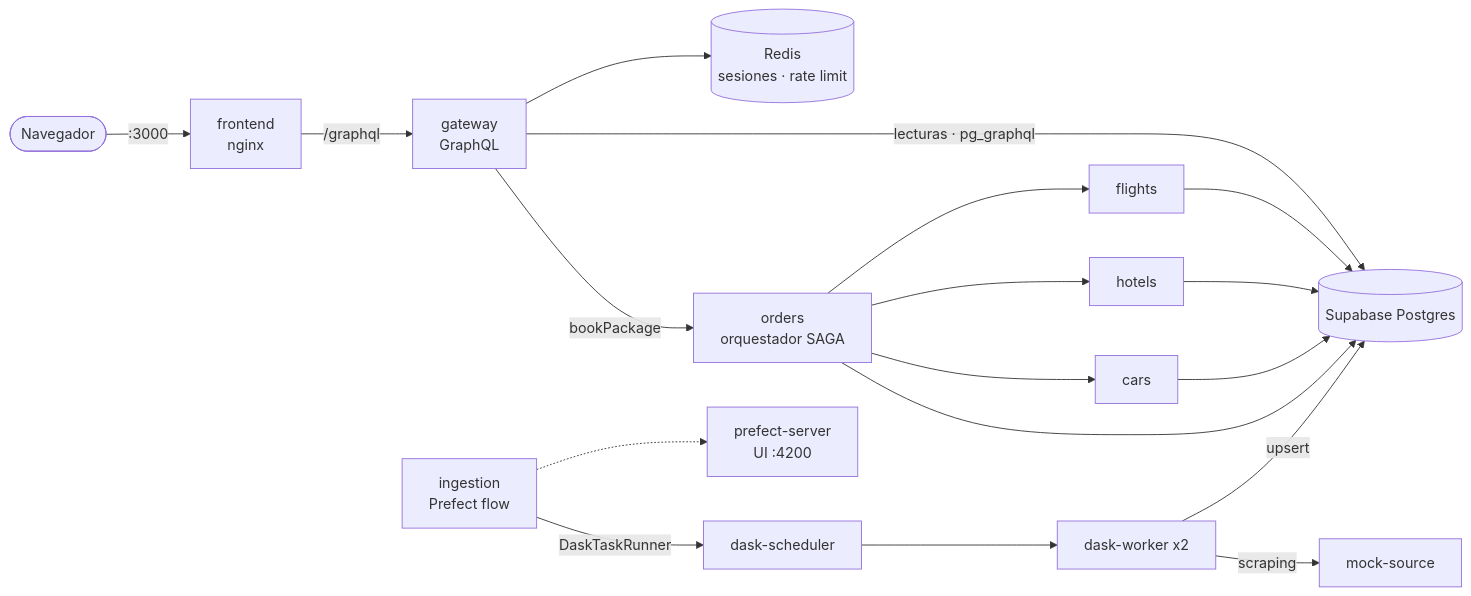
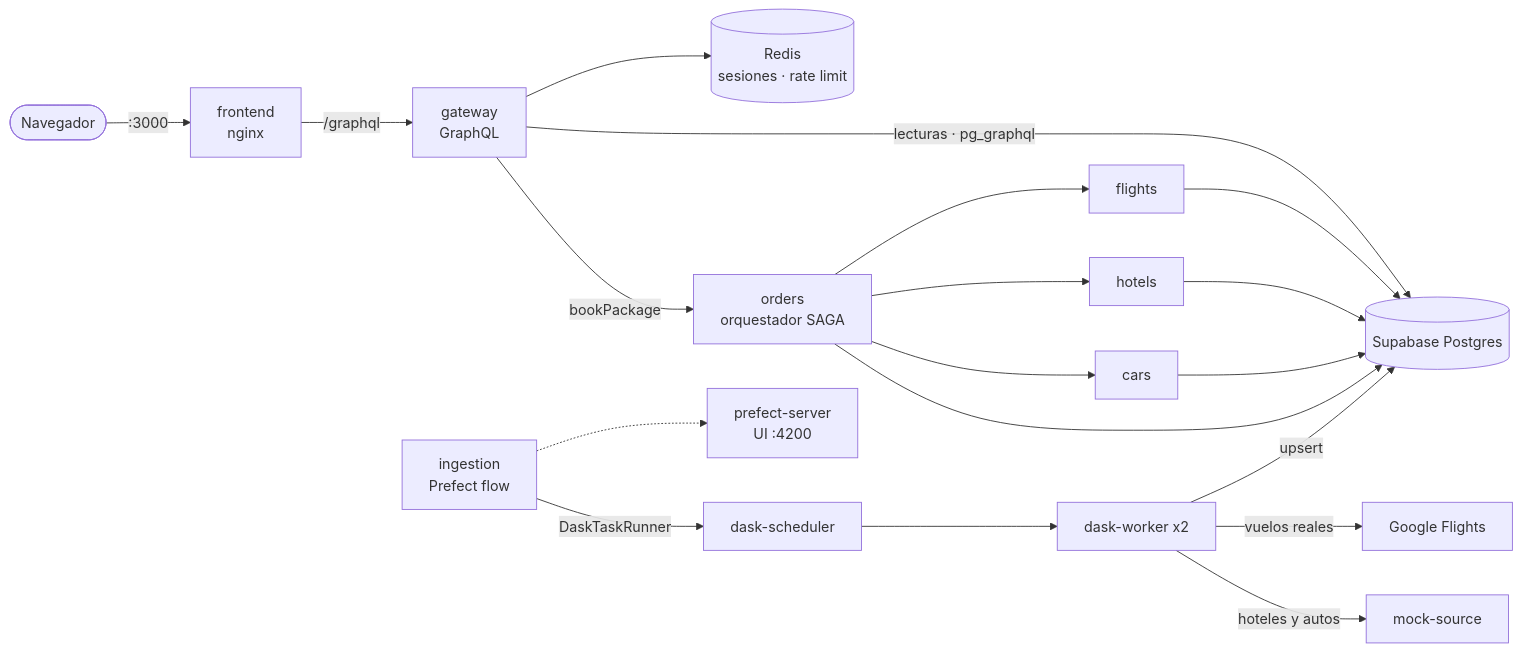
The diagram in README.md (Josu-s12/WanderSync), drawn with Mermaid before and after one commit. The commit also changed other lines of this file and 8 other files, not shown here.

First line of the commit message:
Scraping real de Google Flights para los vuelos

````diff
--- a/README.md
+++ b/README.md
@@ -22,15 +22,16 @@
 ```mermaid
 flowchart LR
   U([Navegador]) -->|":3000"| FE[frontend<br/>nginx]
   FE -->|"/graphql"| GW[gateway<br/>GraphQL]
   GW --> R[(Redis<br/>sesiones · rate limit)]
   GW -->|"lecturas · pg_graphql"| DB[(Supabase Postgres)]
   GW -->|bookPackage| OR[orders<br/>orquestador SAGA]
   OR --> FL[flights] & HO[hotels] & CA[cars]
   FL & HO & CA & OR --> DB
   ING[ingestion<br/>Prefect flow] -->|DaskTaskRunner| DS[dask-scheduler]
   DS --> W[dask-worker x2]
-  W -->|scraping| MS[mock-source]
+  W -->|"vuelos reales"| GF[Google Flights]
+  W -->|"hoteles y autos"| MS[mock-source]
   W -->|upsert| DB
   ING -.-> PS[prefect-server<br/>UI :4200]
 ```
````
